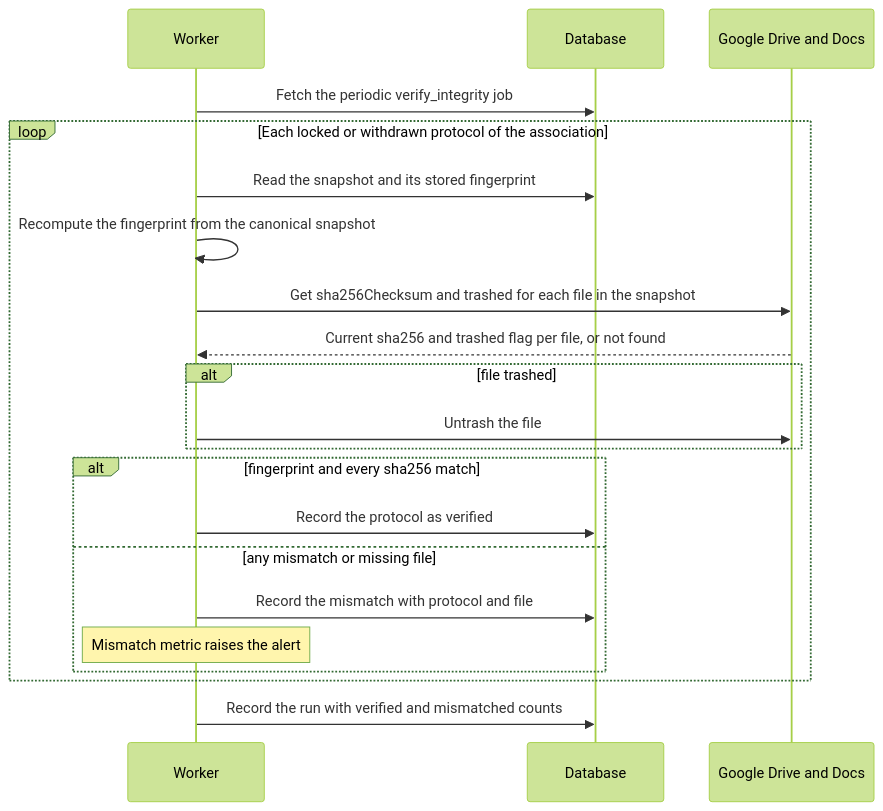
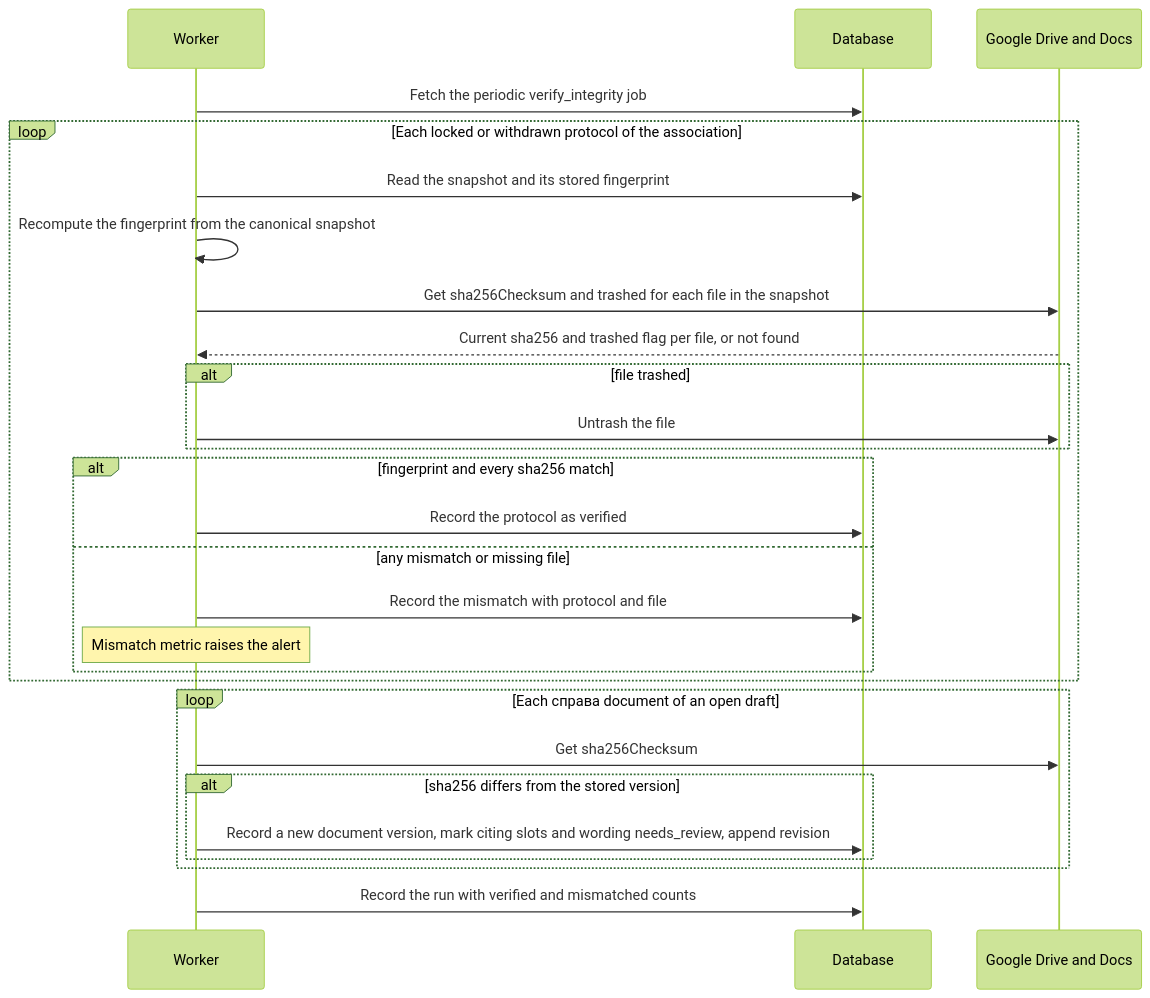
Diagram 11 of 13 in docs/features/board-protocol/sad.ao-architecture.md (AndriiOpryshko/spilno), drawn with Mermaid (forest theme) before and after one commit. The commit also changed other lines of this file and 11 other files, not shown here.

First line of the commit message:
board-protocol: ao-architecture SAD — cross-check fixes

````diff
--- a/docs/features/board-protocol/sad.ao-architecture.md
+++ b/docs/features/board-protocol/sad.ao-architecture.md
@@ -443,23 +449,29 @@
 ```mermaid
 sequenceDiagram
     participant worker as Worker
     participant db as Database
     participant drive as Google Drive and Docs
     worker->>db: Fetch the periodic verify_integrity job
     loop Each locked or withdrawn protocol of the association
         worker->>db: Read the snapshot and its stored fingerprint
         worker->>worker: Recompute the fingerprint from the canonical snapshot
         worker->>drive: Get sha256Checksum and trashed for each file in the snapshot
         drive-->>worker: Current sha256 and trashed flag per file, or not found
         alt file trashed
             worker->>drive: Untrash the file
         end
         alt fingerprint and every sha256 match
             worker->>db: Record the protocol as verified
         else any mismatch or missing file
             worker->>db: Record the mismatch with protocol and file
             Note over worker: Mismatch metric raises the alert
         end
     end
+    loop Each справа document of an open draft
+        worker->>drive: Get sha256Checksum
+        alt sha256 differs from the stored version
+            worker->>db: Record a new document version, mark citing slots and wording needs_review, append revision
+        end
+    end
     worker->>db: Record the run with verified and mismatched counts
 ```
````
